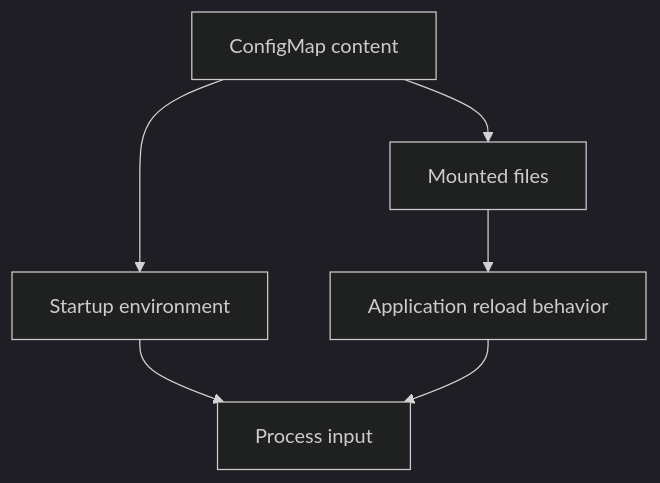
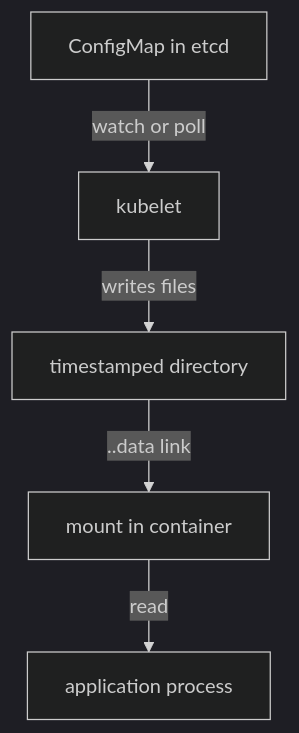
The diagram in sections/section-020/module-01/course-01-configmaps-secrets-and-configuration-delivery.md (astrona-io/ATS024), drawn with Mermaid (dark theme) before and after one commit. The commit also changed other lines of this file and 600 other files, not shown here.

````diff
--- a/sections/section-020/module-01/course-01-configmaps-secrets-and-configuration-delivery.md
+++ b/sections/section-020/module-01/course-01-configmaps-secrets-and-configuration-delivery.md
@@ -54,8 +85,7 @@
 ```mermaid
 flowchart TB
-    C["ConfigMap content"] --> E["Startup environment"]
-    C --> F["Mounted files"]
-    E --> P["Process input"]
-    F --> L["Application reload behavior"]
-    L --> P
+    A["ConfigMap in etcd"] -->|"watch or poll"| K["kubelet"]
+    K -->|"writes files"| D["timestamped directory"]
+    D -->|"..data link"| M["mount in container"]
+    M -->|"read"| P["application process"]
 ```
````
